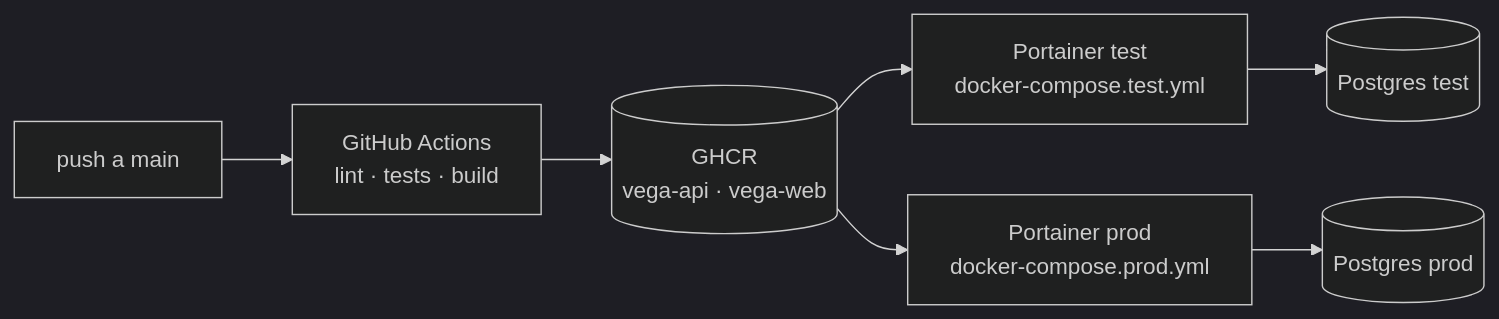
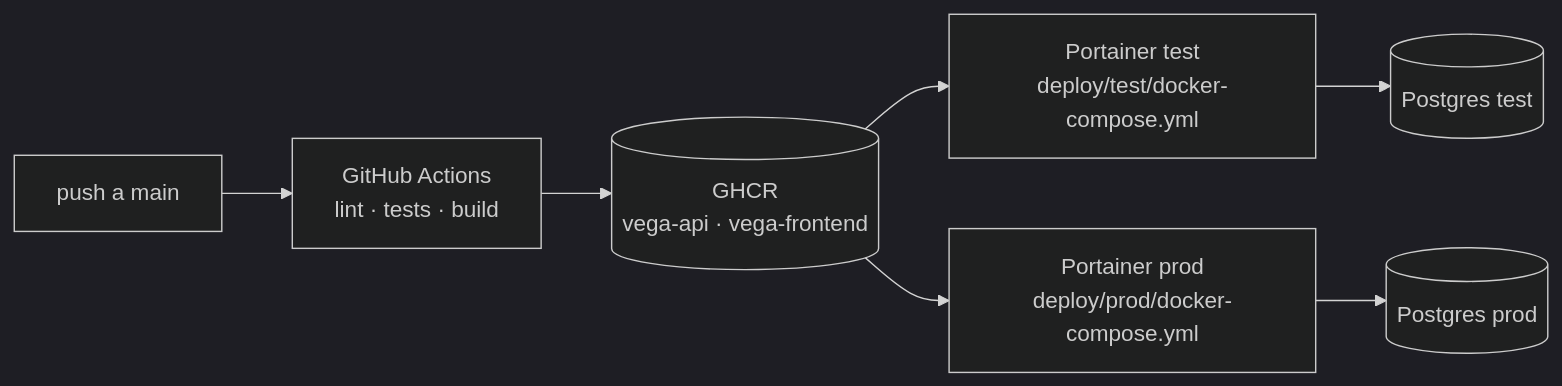
The fourth of 4 diagrams in docs/arquitectura.md (jamataran/vega), drawn with Mermaid (dark theme) before and after one commit. The commit also changed other lines of this file and 19 other files, not shown here.

````diff
--- a/docs/arquitectura.md
+++ b/docs/arquitectura.md
@@ -223,9 +408,9 @@
 ```mermaid
 graph LR
   DEV[push a main] --> GHA[GitHub Actions<br/>lint · tests · build]
-  GHA --> GHCR[(GHCR<br/>vega-api · vega-web)]
-  GHCR --> PT[Portainer test<br/>docker-compose.test.yml]
-  GHCR --> PP[Portainer prod<br/>docker-compose.prod.yml]
+  GHA --> GHCR[(GHCR<br/>vega-api · vega-frontend)]
+  GHCR --> PT[Portainer test<br/>deploy/test/docker-compose.yml]
+  GHCR --> PP[Portainer prod<br/>deploy/prod/docker-compose.yml]
   PT --> DBT[(Postgres test)]
   PP --> DBP[(Postgres prod)]
 ```
````
